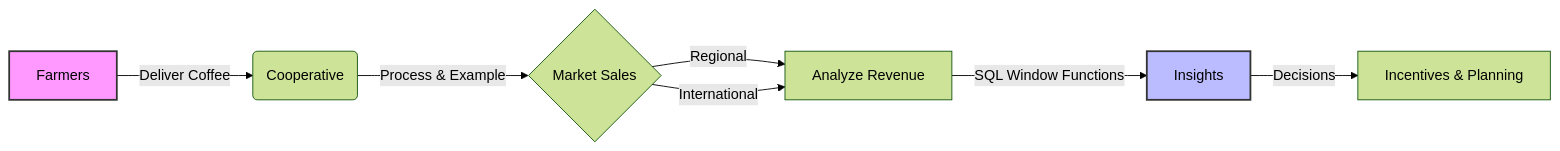
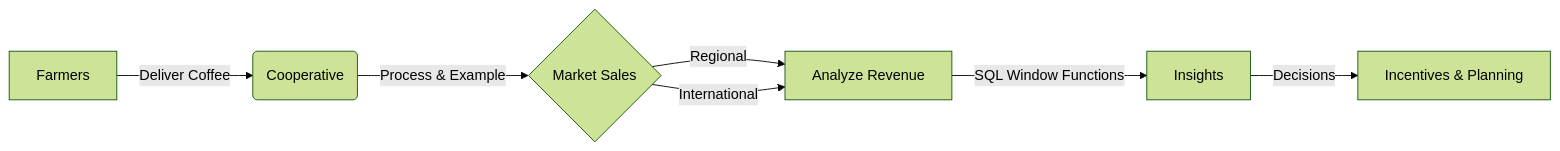
One commit to gasanashema/plsql_window_functions_28279_philbert changed the diagram in README.md. Above: the diagram before and after it, drawn with Mermaid (forest theme).

````diff
--- a/README.md
+++ b/README.md
@@ -61,11 +61,9 @@
 ```mermaid
 graph LR
     A[Farmers] -->|Deliver Coffee| B(Cooperative)
     B -->|Process & Example| C{Market Sales}
     C -->|Regional| D[Analyze Revenue]
     C -->|International| D
     D -->|SQL Window Functions| E[Insights]
     E -->|Decisions| F[Incentives & Planning]
-    style A fill:#f9f,stroke:#333,stroke-width:2px
-    style E fill:#bbf,stroke:#333,stroke-width:2px
 ```
````
